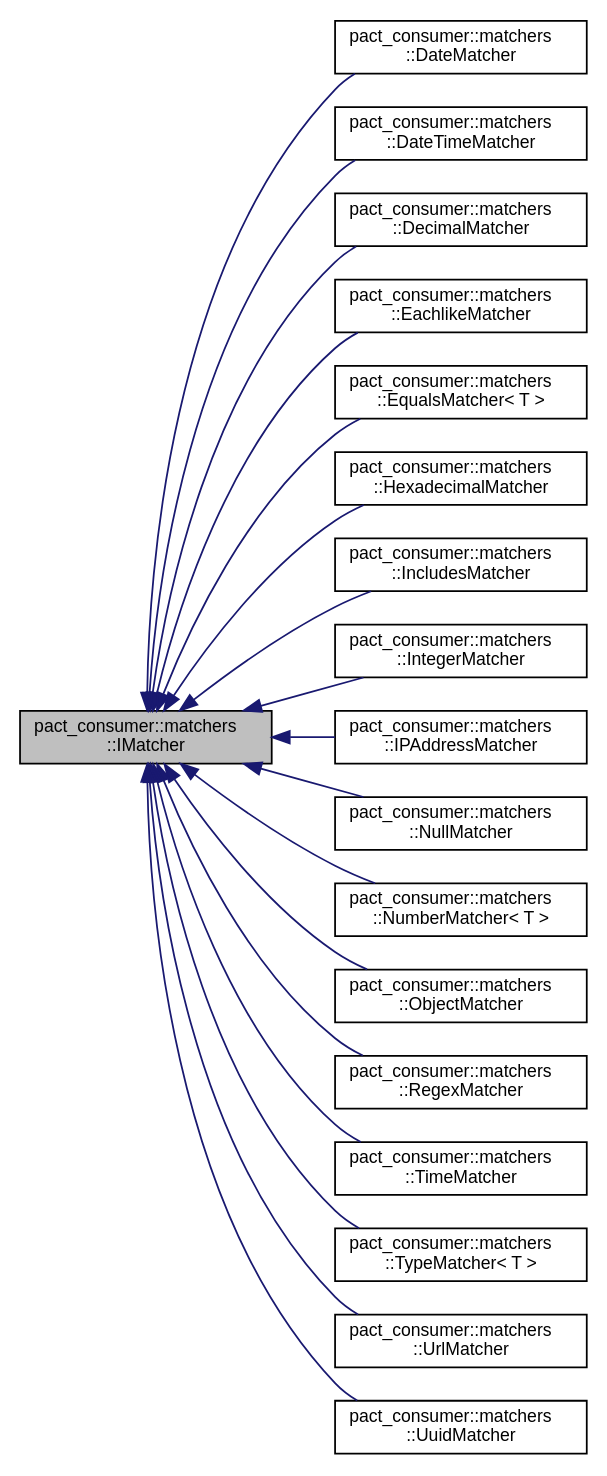
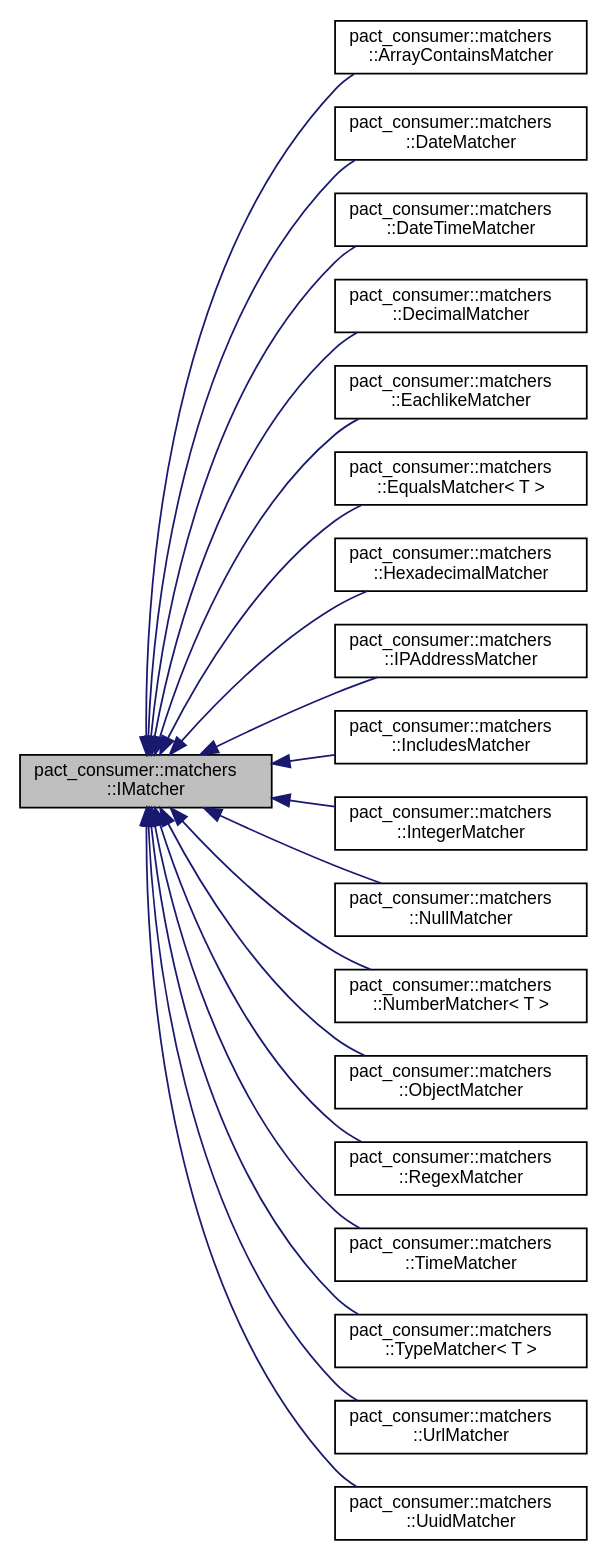
One commit to pact-foundation/docs.pact.io changed the diagram in website/static/cpp_docs/consumer/classpact__consumer_1_1matchers_1_1IMatcher__inherit__graph.dot. Above: the diagram before and after it, drawn with Graphviz. The commit also changed 248 other files, not shown here.

```diff
--- a/website/static/cpp_docs/consumer/classpact__consumer_1_1matchers_1_1IMatcher__inherit__graph.dot
+++ b/website/static/cpp_docs/consumer/classpact__consumer_1_1matchers_1_1IMatcher__inherit__graph.dot
@@ -1,42 +1,44 @@
 digraph "pact_consumer::matchers::IMatcher"
 {
  // LATEX_PDF_SIZE
   edge [fontname="Helvetica",fontsize="10",labelfontname="Helvetica",labelfontsize="10"];
   node [fontname="Helvetica",fontsize="10",shape=record];
   rankdir="LR";
   Node1 [label="pact_consumer::matchers\l::IMatcher",height=0.2,width=0.4,color="black", fillcolor="grey75", style="filled", fontcolor="black",tooltip=" "];
   Node1 -> Node2 [dir="back",color="midnightblue",fontsize="10",style="solid",fontname="Helvetica"];
-  Node2 [label="pact_consumer::matchers\l::DateMatcher",height=0.2,width=0.4,color="black", fillcolor="white", style="filled",URL="$classpact__consumer_1_1matchers_1_1DateMatcher.html",tooltip=" "];
+  Node2 [label="pact_consumer::matchers\l::ArrayContainsMatcher",height=0.2,width=0.4,color="black", fillcolor="white", style="filled",URL="$classpact__consumer_1_1matchers_1_1ArrayContainsMatcher.html",tooltip=" "];
   Node1 -> Node3 [dir="back",color="midnightblue",fontsize="10",style="solid",fontname="Helvetica"];
-  Node3 [label="pact_consumer::matchers\l::DateTimeMatcher",height=0.2,width=0.4,color="black", fillcolor="white", style="filled",URL="$classpact__consumer_1_1matchers_1_1DateTimeMatcher.html",tooltip=" "];
+  Node3 [label="pact_consumer::matchers\l::DateMatcher",height=0.2,width=0.4,color="black", fillcolor="white", style="filled",URL="$classpact__consumer_1_1matchers_1_1DateMatcher.html",tooltip=" "];
   Node1 -> Node4 [dir="back",color="midnightblue",fontsize="10",style="solid",fontname="Helvetica"];
-  Node4 [label="pact_consumer::matchers\l::DecimalMatcher",height=0.2,width=0.4,color="black", fillcolor="white", style="filled",URL="$classpact__consumer_1_1matchers_1_1DecimalMatcher.html",tooltip=" "];
+  Node4 [label="pact_consumer::matchers\l::DateTimeMatcher",height=0.2,width=0.4,color="black", fillcolor="white", style="filled",URL="$classpact__consumer_1_1matchers_1_1DateTimeMatcher.html",tooltip=" "];
   Node1 -> Node5 [dir="back",color="midnightblue",fontsize="10",style="solid",fontname="Helvetica"];
-  Node5 [label="pact_consumer::matchers\l::EachlikeMatcher",height=0.2,width=0.4,color="black", fillcolor="white", style="filled",URL="$classpact__consumer_1_1matchers_1_1EachlikeMatcher.html",tooltip=" "];
+  Node5 [label="pact_consumer::matchers\l::DecimalMatcher",height=0.2,width=0.4,color="black", fillcolor="white", style="filled",URL="$classpact__consumer_1_1matchers_1_1DecimalMatcher.html",tooltip=" "];
   Node1 -> Node6 [dir="back",color="midnightblue",fontsize="10",style="solid",fontname="Helvetica"];
-  Node6 [label="pact_consumer::matchers\l::EqualsMatcher\< T \>",height=0.2,width=0.4,color="black", fillcolor="white", style="filled",URL="$classpact__consumer_1_1matchers_1_1EqualsMatcher.html",tooltip=" "];
+  Node6 [label="pact_consumer::matchers\l::EachlikeMatcher",height=0.2,width=0.4,color="black", fillcolor="white", style="filled",URL="$classpact__consumer_1_1matchers_1_1EachlikeMatcher.html",tooltip=" "];
   Node1 -> Node7 [dir="back",color="midnightblue",fontsize="10",style="solid",fontname="Helvetica"];
-  Node7 [label="pact_consumer::matchers\l::HexadecimalMatcher",height=0.2,width=0.4,color="black", fillcolor="white", style="filled",URL="$classpact__consumer_1_1matchers_1_1HexadecimalMatcher.html",tooltip=" "];
+  Node7 [label="pact_consumer::matchers\l::EqualsMatcher\< T \>",height=0.2,width=0.4,color="black", fillcolor="white", style="filled",URL="$classpact__consumer_1_1matchers_1_1EqualsMatcher.html",tooltip=" "];
   Node1 -> Node8 [dir="back",color="midnightblue",fontsize="10",style="solid",fontname="Helvetica"];
-  Node8 [label="pact_consumer::matchers\l::IncludesMatcher",height=0.2,width=0.4,color="black", fillcolor="white", style="filled",URL="$classpact__consumer_1_1matchers_1_1IncludesMatcher.html",tooltip=" "];
+  Node8 [label="pact_consumer::matchers\l::HexadecimalMatcher",height=0.2,width=0.4,color="black", fillcolor="white", style="filled",URL="$classpact__consumer_1_1matchers_1_1HexadecimalMatcher.html",tooltip=" "];
   Node1 -> Node9 [dir="back",color="midnightblue",fontsize="10",style="solid",fontname="Helvetica"];
-  Node9 [label="pact_consumer::matchers\l::IntegerMatcher",height=0.2,width=0.4,color="black", fillcolor="white", style="filled",URL="$classpact__consumer_1_1matchers_1_1IntegerMatcher.html",tooltip=" "];
+  Node9 [label="pact_consumer::matchers\l::IPAddressMatcher",height=0.2,width=0.4,color="black", fillcolor="white", style="filled",URL="$classpact__consumer_1_1matchers_1_1IPAddressMatcher.html",tooltip=" "];
   Node1 -> Node10 [dir="back",color="midnightblue",fontsize="10",style="solid",fontname="Helvetica"];
-  Node10 [label="pact_consumer::matchers\l::IPAddressMatcher",height=0.2,width=0.4,color="black", fillcolor="white", style="filled",URL="$classpact__consumer_1_1matchers_1_1IPAddressMatcher.html",tooltip=" "];
+  Node10 [label="pact_consumer::matchers\l::IncludesMatcher",height=0.2,width=0.4,color="black", fillcolor="white", style="filled",URL="$classpact__consumer_1_1matchers_1_1IncludesMatcher.html",tooltip=" "];
   Node1 -> Node11 [dir="back",color="midnightblue",fontsize="10",style="solid",fontname="Helvetica"];
-  Node11 [label="pact_consumer::matchers\l::NullMatcher",height=0.2,width=0.4,color="black", fillcolor="white", style="filled",URL="$classpact__consumer_1_1matchers_1_1NullMatcher.html",tooltip=" "];
+  Node11 [label="pact_consumer::matchers\l::IntegerMatcher",height=0.2,width=0.4,color="black", fillcolor="white", style="filled",URL="$classpact__consumer_1_1matchers_1_1IntegerMatcher.html",tooltip=" "];
   Node1 -> Node12 [dir="back",color="midnightblue",fontsize="10",style="solid",fontname="Helvetica"];
-  Node12 [label="pact_consumer::matchers\l::NumberMatcher\< T \>",height=0.2,width=0.4,color="black", fillcolor="white", style="filled",URL="$classpact__consumer_1_1matchers_1_1NumberMatcher.html",tooltip=" "];
+  Node12 [label="pact_consumer::matchers\l::NullMatcher",height=0.2,width=0.4,color="black", fillcolor="white", style="filled",URL="$classpact__consumer_1_1matchers_1_1NullMatcher.html",tooltip=" "];
   Node1 -> Node13 [dir="back",color="midnightblue",fontsize="10",style="solid",fontname="Helvetica"];
-  Node13 [label="pact_consumer::matchers\l::ObjectMatcher",height=0.2,width=0.4,color="black", fillcolor="white", style="filled",URL="$classpact__consumer_1_1matchers_1_1ObjectMatcher.html",tooltip=" "];
+  Node13 [label="pact_consumer::matchers\l::NumberMatcher\< T \>",height=0.2,width=0.4,color="black", fillcolor="white", style="filled",URL="$classpact__consumer_1_1matchers_1_1NumberMatcher.html",tooltip=" "];
   Node1 -> Node14 [dir="back",color="midnightblue",fontsize="10",style="solid",fontname="Helvetica"];
-  Node14 [label="pact_consumer::matchers\l::RegexMatcher",height=0.2,width=0.4,color="black", fillcolor="white", style="filled",URL="$classpact__consumer_1_1matchers_1_1RegexMatcher.html",tooltip=" "];
+  Node14 [label="pact_consumer::matchers\l::ObjectMatcher",height=0.2,width=0.4,color="black", fillcolor="white", style="filled",URL="$classpact__consumer_1_1matchers_1_1ObjectMatcher.html",tooltip=" "];
   Node1 -> Node15 [dir="back",color="midnightblue",fontsize="10",style="solid",fontname="Helvetica"];
-  Node15 [label="pact_consumer::matchers\l::TimeMatcher",height=0.2,width=0.4,color="black", fillcolor="white", style="filled",URL="$classpact__consumer_1_1matchers_1_1TimeMatcher.html",tooltip=" "];
+  Node15 [label="pact_consumer::matchers\l::RegexMatcher",height=0.2,width=0.4,color="black", fillcolor="white", style="filled",URL="$classpact__consumer_1_1matchers_1_1RegexMatcher.html",tooltip=" "];
   Node1 -> Node16 [dir="back",color="midnightblue",fontsize="10",style="solid",fontname="Helvetica"];
-  Node16 [label="pact_consumer::matchers\l::TypeMatcher\< T \>",height=0.2,width=0.4,color="black", fillcolor="white", style="filled",URL="$classpact__consumer_1_1matchers_1_1TypeMatcher.html",tooltip=" "];
+  Node16 [label="pact_consumer::matchers\l::TimeMatcher",height=0.2,width=0.4,color="black", fillcolor="white", style="filled",URL="$classpact__consumer_1_1matchers_1_1TimeMatcher.html",tooltip=" "];
   Node1 -> Node17 [dir="back",color="midnightblue",fontsize="10",style="solid",fontname="Helvetica"];
-  Node17 [label="pact_consumer::matchers\l::UrlMatcher",height=0.2,width=0.4,color="black", fillcolor="white", style="filled",URL="$classpact__consumer_1_1matchers_1_1UrlMatcher.html",tooltip=" "];
+  Node17 [label="pact_consumer::matchers\l::TypeMatcher\< T \>",height=0.2,width=0.4,color="black", fillcolor="white", style="filled",URL="$classpact__consumer_1_1matchers_1_1TypeMatcher.html",tooltip=" "];
   Node1 -> Node18 [dir="back",color="midnightblue",fontsize="10",style="solid",fontname="Helvetica"];
-  Node18 [label="pact_consumer::matchers\l::UuidMatcher",height=0.2,width=0.4,color="black", fillcolor="white", style="filled",URL="$classpact__consumer_1_1matchers_1_1UuidMatcher.html",tooltip=" "];
+  Node18 [label="pact_consumer::matchers\l::UrlMatcher",height=0.2,width=0.4,color="black", fillcolor="white", style="filled",URL="$classpact__consumer_1_1matchers_1_1UrlMatcher.html",tooltip=" "];
+  Node1 -> Node19 [dir="back",color="midnightblue",fontsize="10",style="solid",fontname="Helvetica"];
+  Node19 [label="pact_consumer::matchers\l::UuidMatcher",height=0.2,width=0.4,color="black", fillcolor="white", style="filled",URL="$classpact__consumer_1_1matchers_1_1UuidMatcher.html",tooltip=" "];
 }
```
